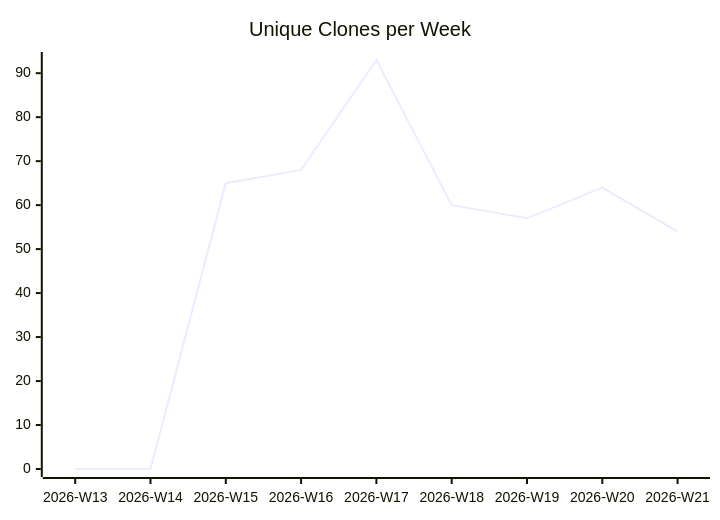
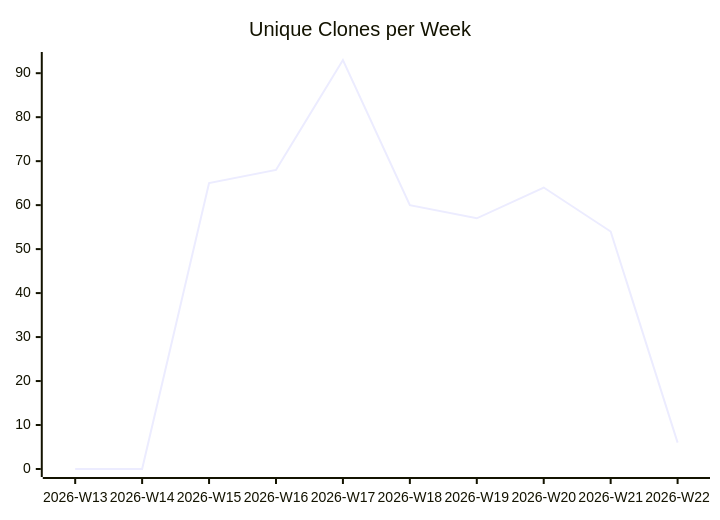
The third of 3 diagrams in justdavis-family/github-analytics-data/README.md (justdavis-family/github-analytics-data), drawn with Mermaid before and after one commit. The commit also changed other lines of this file and 190 other files, not shown here.

````diff
--- a/justdavis-family/github-analytics-data/README.md
+++ b/justdavis-family/github-analytics-data/README.md
@@ -19,6 +19,6 @@
 ```mermaid
 xychart-beta
   title "Unique Clones per Week"
-  x-axis ["2026-W13", "2026-W14", "2026-W15", "2026-W16", "2026-W17", "2026-W18", "2026-W19", "2026-W20", "2026-W21"]
-  line [0, 0, 65, 68, 93, 60, 57, 64, 54]
+  x-axis ["2026-W13", "2026-W14", "2026-W15", "2026-W16", "2026-W17", "2026-W18", "2026-W19", "2026-W20", "2026-W21", "2026-W22"]
+  line [0, 0, 65, 68, 93, 60, 57, 64, 54, 6]
 ```
````
